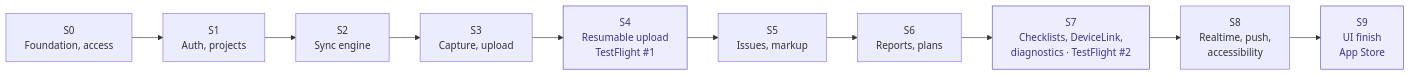
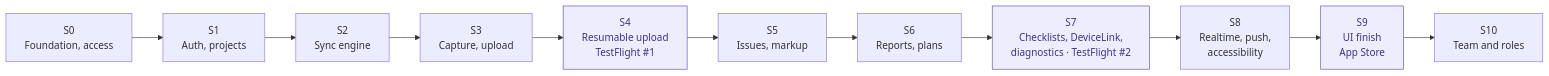
The first of 2 diagrams in docs/feature-guide/README.md (DAMHONGDUC/site-log-ios), drawn with Mermaid before and after one commit. The commit also changed other lines of this file, not shown here.

Commit message:
docs: update docs - detail is design pages, team roles an… · README.md (19/22)
Part 19 of 22 of "docs: update docs - detail is design pages, team roles and issue assignee".

- docs/feature-guide/README.md

Adds the HTML design pages (foundations, iOS, Android, flows, system design with enum-like component properties) replacing the old mockup, the F19 team and roles guide, and assigneeUid for member assignees; the design plan now matches the pages.

````diff
--- a/docs/feature-guide/README.md
+++ b/docs/feature-guide/README.md
@@ -27,15 +27,16 @@
 ```mermaid
 flowchart LR
     S0["S0<br/>Foundation, access"] --> S1["S1<br/>Auth, projects"]
     S1 --> S2["S2<br/>Sync engine"]
     S2 --> S3["S3<br/>Capture, upload"]
     S3 --> S4["S4<br/>Resumable upload<br/>TestFlight #1"]
     S4 --> S5["S5<br/>Issues, markup"]
     S5 --> S6["S6<br/>Reports, plans"]
     S6 --> S7["S7<br/>Checklists, DeviceLink,<br/>diagnostics · TestFlight #2"]
     S7 --> S8["S8<br/>Realtime, push,<br/>accessibility"]
     S8 --> S9["S9<br/>UI finish<br/>App Store"]
+    S9 --> S10["S10<br/>Team and roles"]
 
     classDef ship fill:#EEEDFE,stroke:#534AB7,color:#3C3489
     class S4,S7,S9 ship
 ```
````
